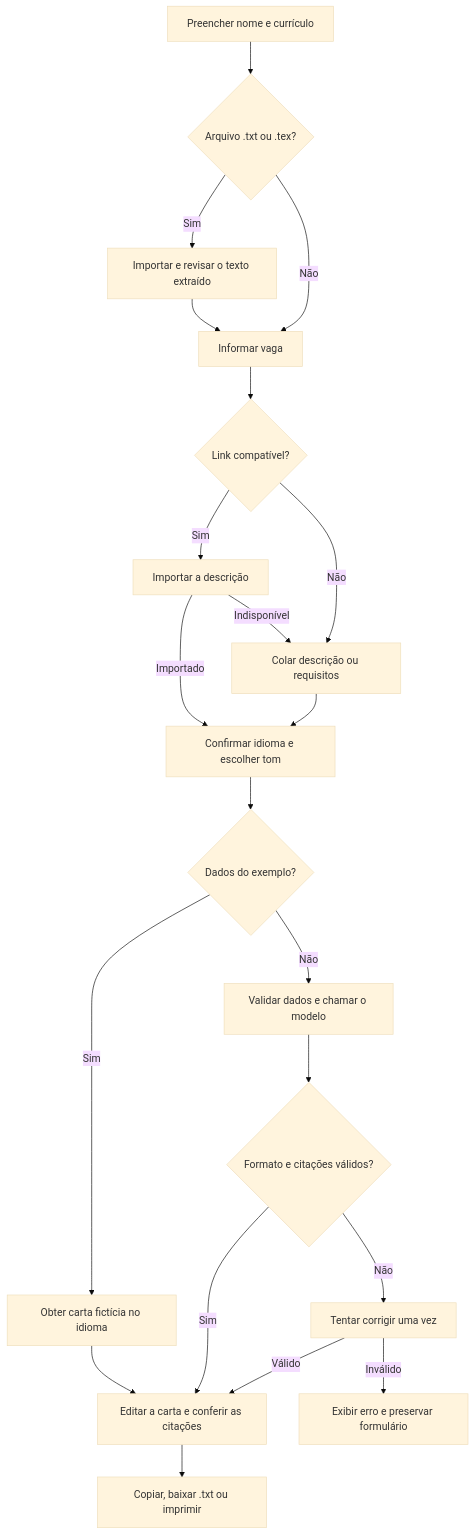
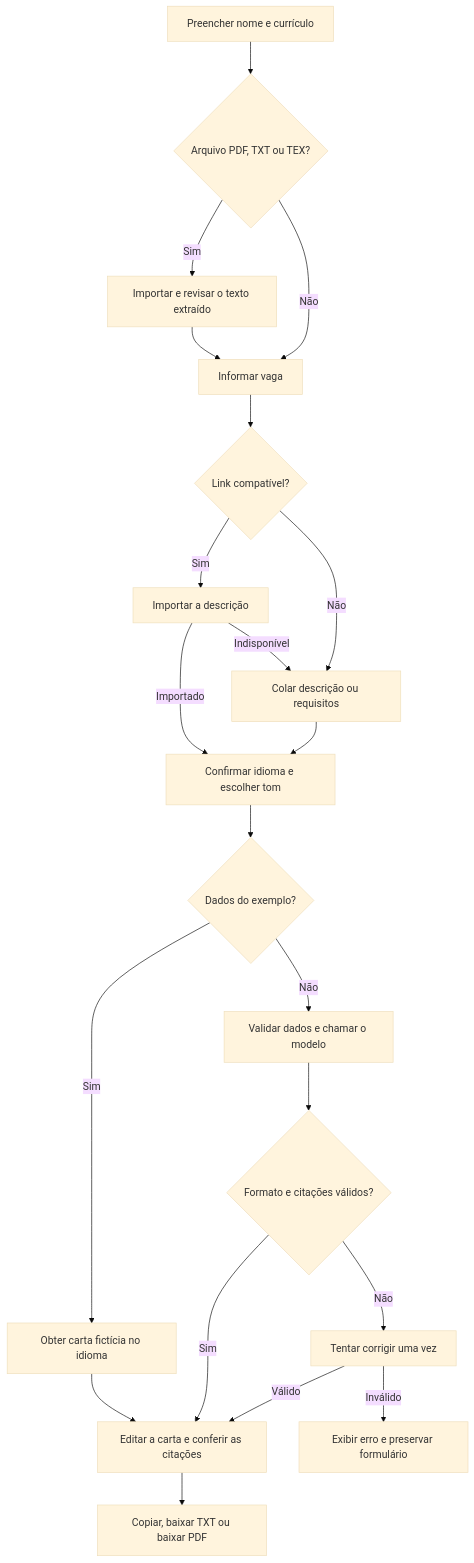
The diagram in docs/arquitetura.md (DandaraEmiliano/carta-orbe), drawn with Mermaid (base theme) before and after one commit. The commit also changed other lines of this file and 14 other files, not shown here.

````diff
--- a/docs/arquitetura.md
+++ b/docs/arquitetura.md
@@ -7,23 +7,23 @@
 ```mermaid
 flowchart TD
-    A["Preencher nome e currículo"] --> B{"Arquivo .txt ou .tex?"}
+    A["Preencher nome e currículo"] --> B{"Arquivo PDF, TXT ou TEX?"}
     B -- Sim --> C["Importar e revisar o texto extraído"]
     B -- Não --> D["Informar vaga"]
     C --> D
     D --> E{"Link compatível?"}
     E -- Sim --> F["Importar a descrição"]
     E -- Não --> G["Colar descrição ou requisitos"]
     F -- Importado --> H["Confirmar idioma e escolher tom"]
     F -- Indisponível --> G
     G --> H
     H --> I{"Dados do exemplo?"}
     I -- Sim --> J["Obter carta fictícia no idioma"]
     I -- Não --> K["Validar dados e chamar o modelo"]
     K --> L{"Formato e citações válidos?"}
     L -- Sim --> M["Editar a carta e conferir as citações"]
     L -- Não --> N["Tentar corrigir uma vez"]
     N -- Válido --> M
     N -- Inválido --> O["Exibir erro e preservar formulário"]
     J --> M
-    M --> P["Copiar, baixar .txt ou imprimir"]
+    M --> P["Copiar, baixar TXT ou baixar PDF"]
 ```
````
